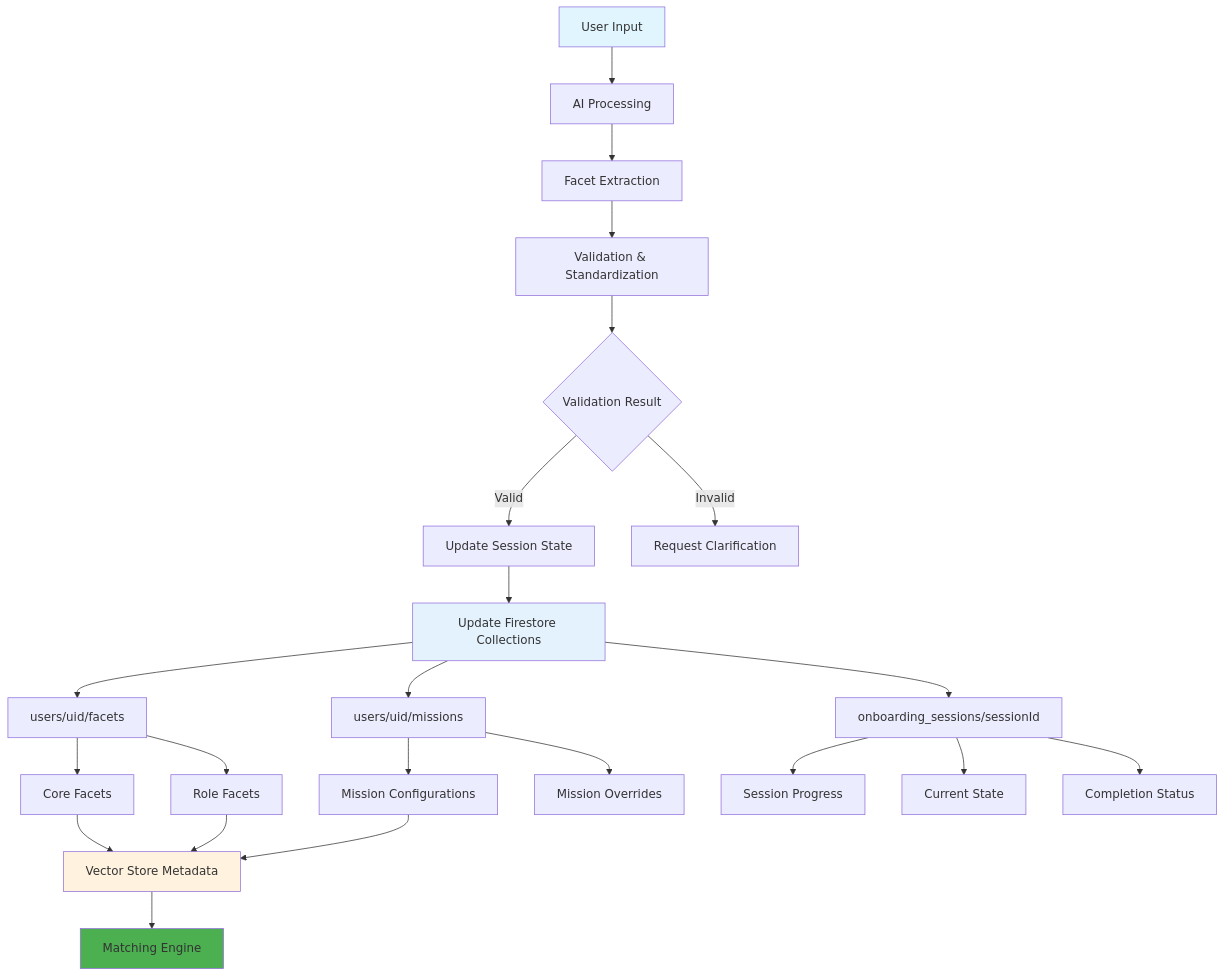
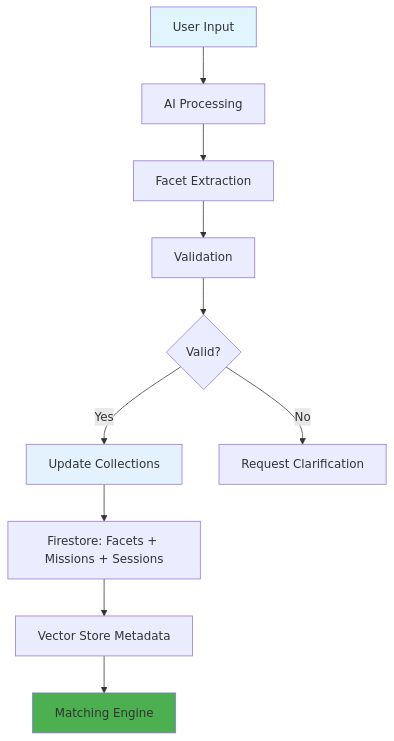
The sixth of 9 diagrams in README.md (bilalAIDeveloper/new-feat-test), drawn with Mermaid before and after one commit. The commit also changed other lines of this file, not shown here.

````diff
--- a/README.md
+++ b/README.md
@@ -162,28 +114,16 @@
 ```mermaid
 graph TD
     A[User Input] --> B[AI Processing]
     B --> C[Facet Extraction]
-    C --> D[Validation & Standardization]
-    D --> E{Validation Result}
-    E -->|Valid| F[Update Session State]
-    E -->|Invalid| G[Request Clarification]
-    F --> H[Update Firestore Collections]
-    H --> I[users/uid/facets]
-    H --> J[users/uid/missions]
-    H --> K[onboarding_sessions/sessionId]
-    I --> L[Core Facets]
-    I --> M[Role Facets]
-    J --> N[Mission Configurations]
-    J --> O[Mission Overrides]
-    K --> P[Session Progress]
-    K --> Q[Current State]
-    K --> R[Completion Status]
-    L --> S[Vector Store Metadata]
-    M --> S
-    N --> S
-    S --> T[Matching Engine]
+    C --> D[Validation]
+    D --> E{Valid?}
+    E -->|Yes| F[Update Collections]
+    E -->|No| G[Request Clarification]
+    F --> H[Firestore: Facets + Missions + Sessions]
+    H --> I[Vector Store Metadata]
+    I --> J[Matching Engine]
+    
     style A fill:#e1f5fe
-    style T fill:#4caf50
-    style H fill:#e3f2fd
-    style S fill:#fff3e0
+    style J fill:#4caf50
+    style F fill:#e3f2fd
 ```
````
